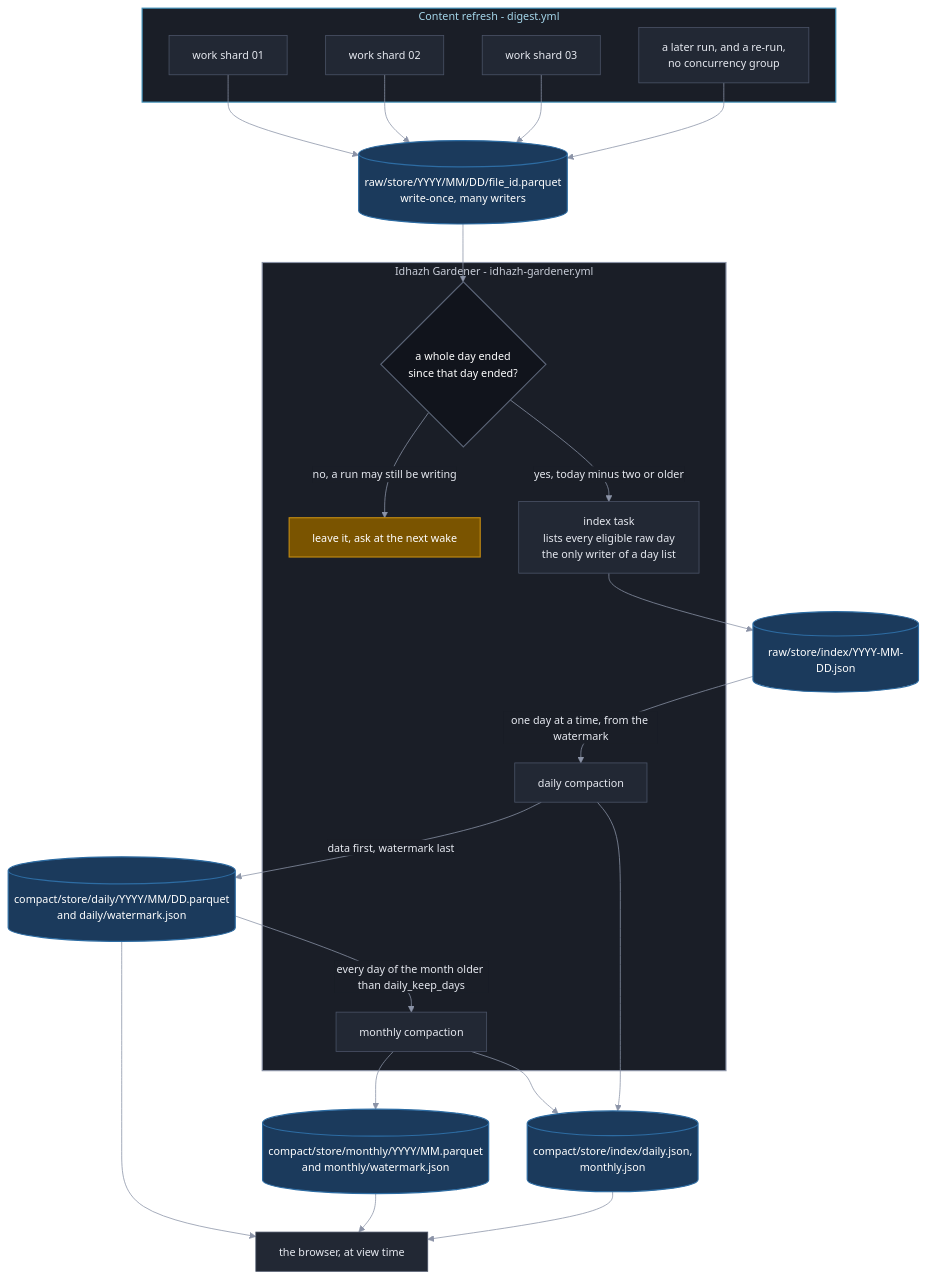
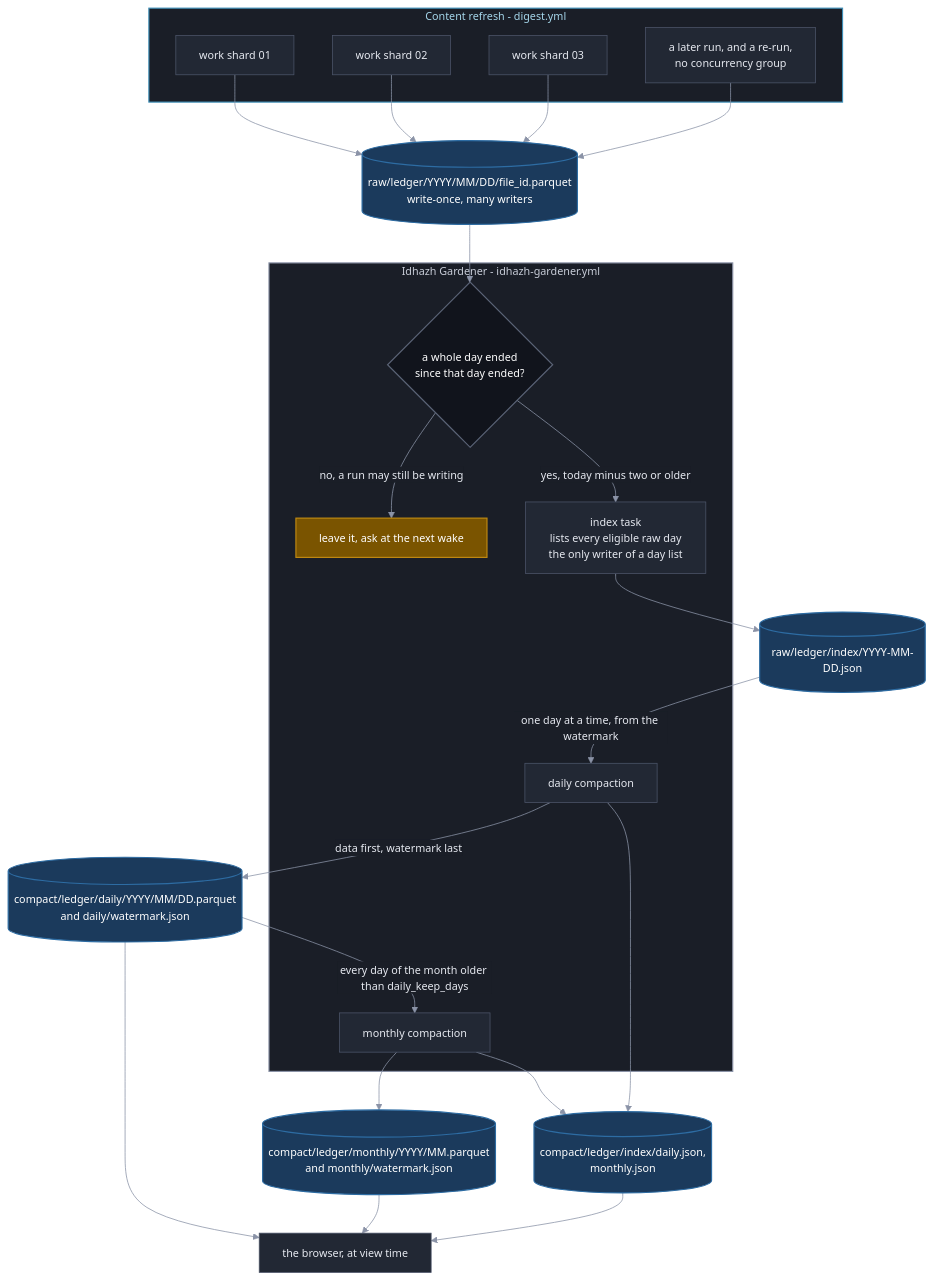
One commit to miztiik/yen-idhazh changed the second of 2 diagrams in TODO/20260924-50-idhazh-gardener-plan.md. Above: the diagram before and after it, drawn with Mermaid. The commit also changed other lines of this file and 3 other files, not shown here.

````diff
--- a/TODO/20260924-50-idhazh-gardener-plan.md
+++ b/TODO/20260924-50-idhazh-gardener-plan.md
@@ -232,58 +231,58 @@
 ```mermaid
 %%{init: {"theme": "base", "themeVariables": {"background": "#0f1117", "primaryColor": "#222834", "primaryTextColor": "#e6e9f0", "primaryBorderColor": "#4b5468", "lineColor": "#8b93a7", "textColor": "#e6e9f0", "clusterBkg": "#1a1e27", "clusterBorder": "#3a4254", "titleColor": "#e6e9f0", "edgeLabelBackground": "#1a1e27", "fontSize": "14px"}}}%%
 flowchart TB
   subgraph REFRESH["Content refresh - digest.yml"]
     W1["work shard 01"]
     W2["work shard 02"]
     W3["work shard 03"]
     WN["a later run, and a re-run,<br/>no concurrency group"]
   end
 
-RAWF[("raw/store/YYYY/MM/DD/file_id.parquet<br/>write-once, many writers")]
+RAWF[("raw/ledger/YYYY/MM/DD/file_id.parquet<br/>write-once, many writers")]
 
   subgraph GARDEN["Idhazh Gardener - idhazh-gardener.yml"]
     IDXJOB["index task<br/>lists every eligible raw day<br/>the only writer of a day list"]
     GATE{"a whole day ended<br/>since that day ended?"}
     HOLD["leave it, ask at the next wake"]
     CD["daily compaction"]
     CM["monthly compaction"]
   end
 
-  RIDXF[("raw/store/index/YYYY-MM-DD.json")]
-  DAILY[("compact/store/daily/YYYY/MM/DD.parquet<br/>and daily/watermark.json")]
-  MONTHLY[("compact/store/monthly/YYYY/MM.parquet<br/>and monthly/watermark.json")]
-  CIDXF[("compact/store/index/daily.json,<br/>monthly.json")]
+  RIDXF[("raw/ledger/index/YYYY-MM-DD.json")]
+  DAILY[("compact/ledger/daily/YYYY/MM/DD.parquet<br/>and daily/watermark.json")]
+  MONTHLY[("compact/ledger/monthly/YYYY/MM.parquet<br/>and monthly/watermark.json")]
+  CIDXF[("compact/ledger/index/daily.json,<br/>monthly.json")]
   READER["the browser, at view time"]
 
   W1 --> RAWF
   W2 --> RAWF
   W3 --> RAWF
   WN --> RAWF
   RAWF --> GATE
   GATE -->|"no, a run may still be writing"| HOLD
   GATE -->|"yes, today minus two or older"| IDXJOB
   IDXJOB --> RIDXF
   RIDXF -->|"one day at a time, from the watermark"| CD
   CD -->|"data first, watermark last"| DAILY
   DAILY -->|"every day of the month older than daily_keep_days"| CM
   CM --> MONTHLY
   CD --> CIDXF
   CM --> CIDXF
   MONTHLY --> READER
   DAILY --> READER
   CIDXF --> READER
 
   classDef stage fill:#222834,stroke:#4b5468,stroke-width:1px,color:#e6e9f0;
   classDef decision fill:#11141c,stroke:#5b6477,stroke-width:1.5px,color:#ffffff;
   classDef warn fill:#7a5400,stroke:#c08a12,stroke-width:1.5px,color:#ffffff;
-  classDef store fill:#1b3a5c,stroke:#2d6ca3,stroke-width:1.5px,color:#ffffff;
+  classDef ledger fill:#1b3a5c,stroke:#2d6ca3,stroke-width:1.5px,color:#ffffff;
   classDef sysOps fill:#1a1e27,stroke:#8b93a7,stroke-width:1.5px,color:#c8cdd8;
   classDef sysPublish fill:#1a1e27,stroke:#3f8fb8,stroke-width:1.5px,color:#a5d6ea;
 
   class W1,W2,W3,WN,IDXJOB,CD,CM,READER stage;
   class GATE decision;
   class HOLD warn;
-  class RAWF,RIDXF,DAILY,MONTHLY,CIDXF store;
+  class RAWF,RIDXF,DAILY,MONTHLY,CIDXF ledger;
   class REFRESH sysPublish;
   class GARDEN sysOps;
 ```
````
